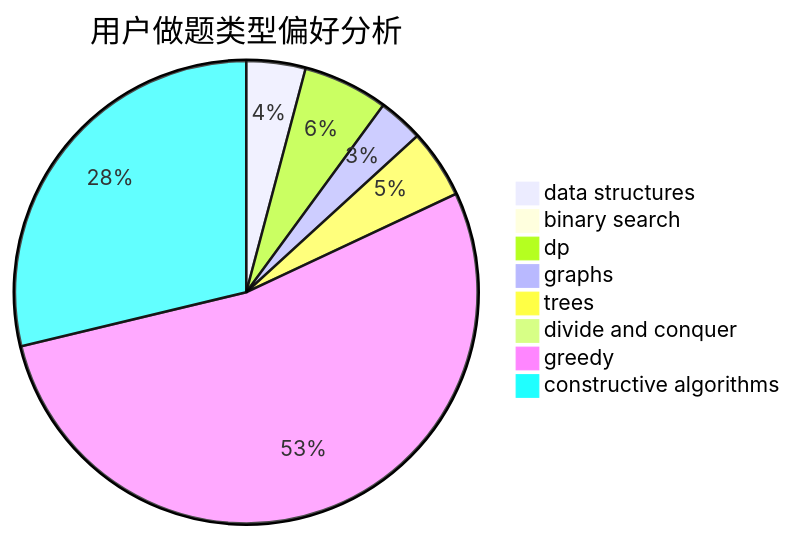
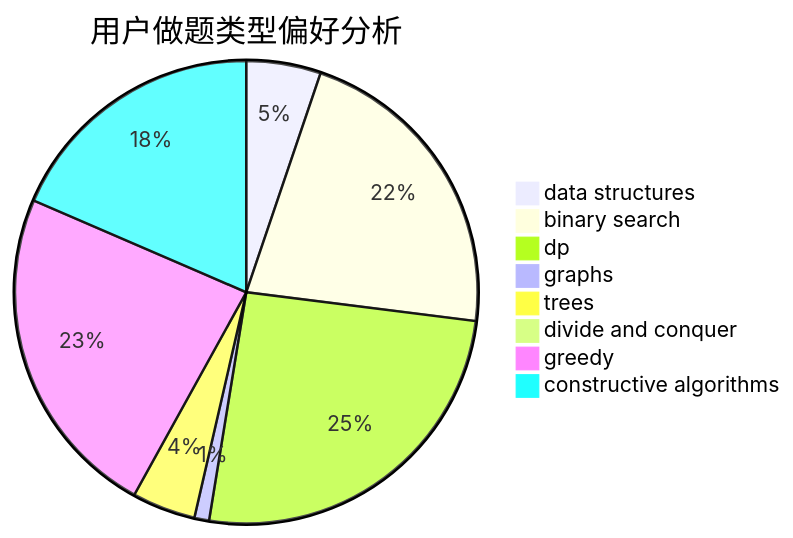
Before and after one commit to sherpahu/cfrs.github.io: the second of 3 diagrams in docs/user/u351.md, drawn with Mermaid. The commit also changed other lines of this file and 2770 other files, not shown here.

````diff
--- a/docs/user/u351.md
+++ b/docs/user/u351.md
@@ -23,11 +23,11 @@
 ```mermaid
 pie title 用户做题类型偏好分析
-    "data structures" :  55
-    "binary search" :  2
-    "dp" :  79
-    "graphs" :  42
-    "trees" :  64
-    "divide and conquer" :  13
-    "greedy" :  709
-    "constructive algorithms" :  383
+    "data structures" :  81
+    "binary search" :  339
+    "dp" :  398
+    "graphs" :  16
+    "trees" :  69
+    "divide and conquer" :  9
+    "greedy" :  365
+    "constructive algorithms" :  288
 ```
````
